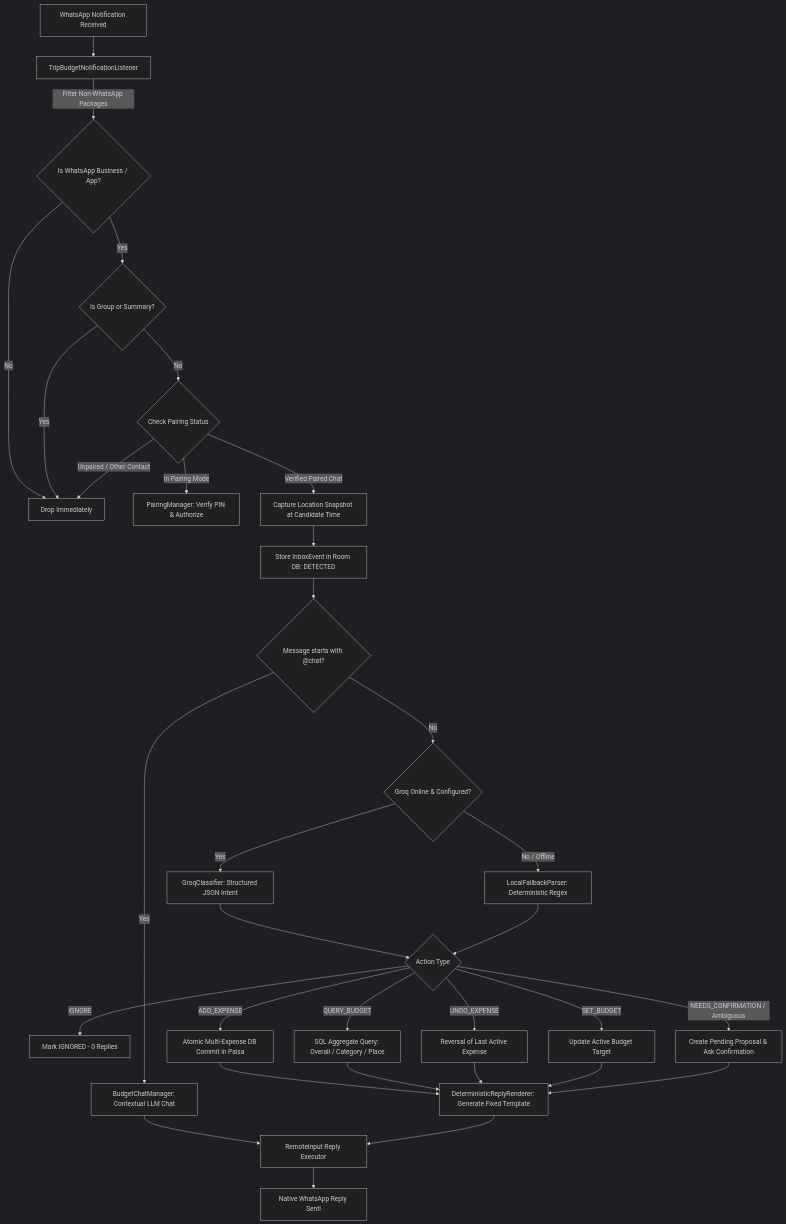
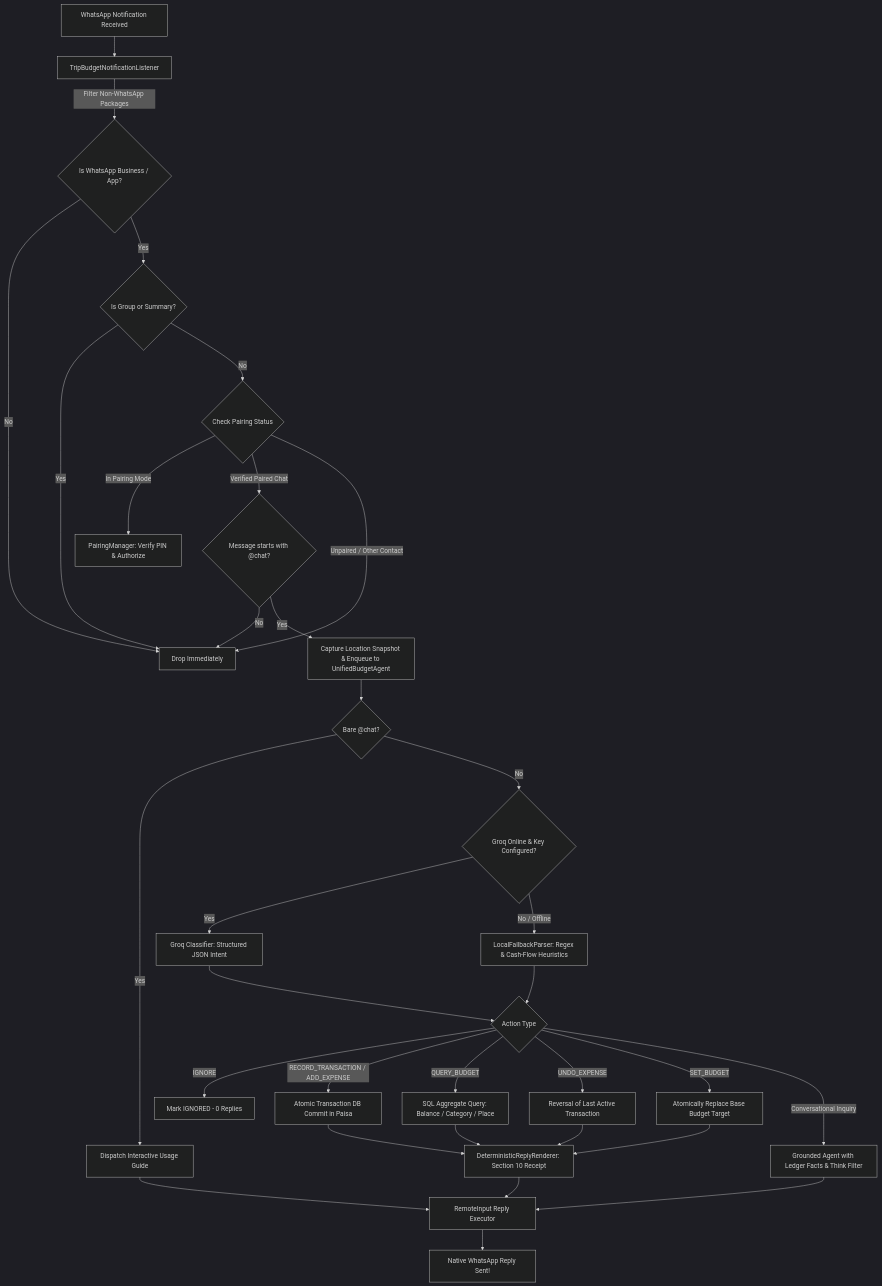
The diagram in README.md (mahadbaig2/triphisaab), drawn with Mermaid (dark theme) before and after one commit. The commit also changed other lines of this file and 21 other files, not shown here.

Commit message:
feat: complete architectural rework of TripHisaab WhatsApp expense assistant and automated APK build release

````diff
--- a/README.md
+++ b/README.md
@@ -76,39 +76,41 @@
 ```mermaid
 flowchart TD
     A[WhatsApp Notification Received] --> B[TripBudgetNotificationListener]
     B -->|Filter Non-WhatsApp Packages| C{Is WhatsApp Business / App?}
     C -->|No| D[Drop Immediately]
     C -->|Yes| E{Is Group or Summary?}
     E -->|Yes| D
     E -->|No| F{Check Pairing Status}
     F -->|In Pairing Mode| G[PairingManager: Verify PIN & Authorize]
-    F -->|Verified Paired Chat| H[Capture Location Snapshot at Candidate Time]
+    F -->|Verified Paired Chat| H{Message starts with @chat?}
     F -->|Unpaired / Other Contact| D
     
-    H --> I[Store InboxEvent in Room DB: DETECTED]
-    I --> J{Message starts with @chat?}
-    J -->|Yes| K[BudgetChatManager: Contextual LLM Chat]
-    J -->|No| L{Groq Online & Configured?}
+    H -->|No| D
+    H -->|Yes| I[Capture Location Snapshot & Enqueue to UnifiedBudgetAgent]
     
-    L -->|Yes| M[GroqClassifier: Structured JSON Intent]
-    L -->|No / Offline| N[LocalFallbackParser: Deterministic Regex]
+    I --> J{Bare @chat?}
+    J -->|Yes| K[Dispatch Interactive Usage Guide]
+    J -->|No| L{Groq Online & Key Configured?}
+    
+    L -->|Yes| M[Groq Classifier: Structured JSON Intent]
+    L -->|No / Offline| N[LocalFallbackParser: Regex & Cash-Flow Heuristics]
     
     M --> O{Action Type}
     N --> O
     
     O -->|IGNORE| P[Mark IGNORED - 0 Replies]
-    O -->|NEEDS_CONFIRMATION / Ambiguous| Q[Create Pending Proposal & Ask Confirmation]
-    O -->|ADD_EXPENSE| R[Atomic Multi-Expense DB Commit in Paisa]
-    O -->|QUERY_BUDGET| S[SQL Aggregate Query: Overall / Category / Place]
-    O -->|UNDO_EXPENSE| T[Reversal of Last Active Expense]
-    O -->|SET_BUDGET| U[Update Active Budget Target]
+    O -->|RECORD_TRANSACTION / ADD_EXPENSE| Q[Atomic Transaction DB Commit in Paisa]
+    O -->|QUERY_BUDGET| R[SQL Aggregate Query: Balance / Category / Place]
+    O -->|UNDO_EXPENSE| S[Reversal of Last Active Transaction]
+    O -->|SET_BUDGET| T[Atomically Replace Base Budget Target]
+    O -->|Conversational Inquiry| U[Grounded Agent with Ledger Facts & Think Filter]
     
-    R --> V[DeterministicReplyRenderer: Generate Fixed Template]
+    Q --> V[DeterministicReplyRenderer: Section 10 Receipt]
+    R --> V
     S --> V
     T --> V
-    U --> V
-    Q --> V
-    K --> W[RemoteInput Reply Executor]
+    U --> W[RemoteInput Reply Executor]
     V --> W
+    K --> W
     W --> X[Native WhatsApp Reply Sent!]
 ```
````
